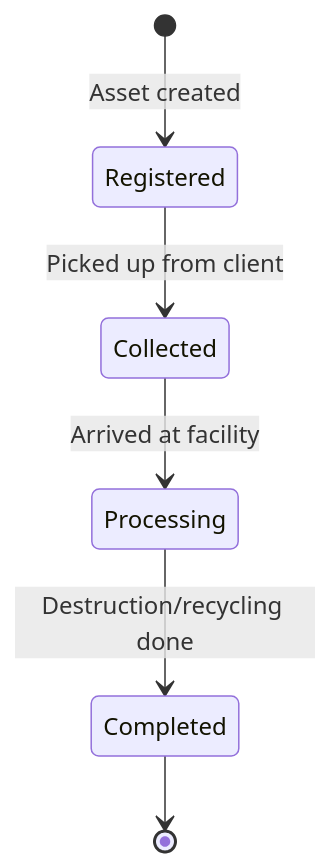
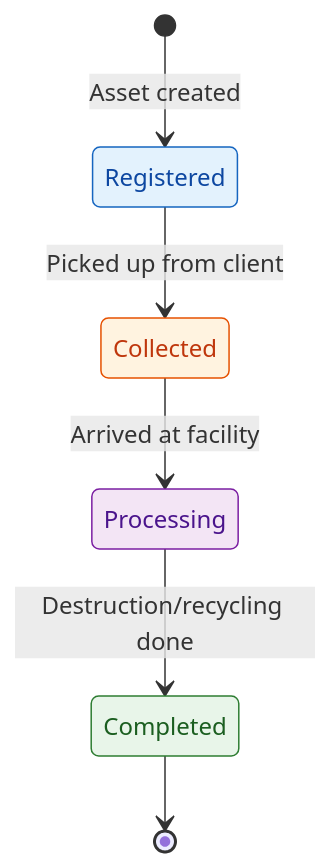
Before and after one commit to nugehs/ai-reclaim-m0: the third of 3 diagrams in docs/02-data-model/README.md, drawn with Mermaid. The commit also changed other lines of this file and 12 other files, not shown here.

````diff
--- a/docs/02-data-model/README.md
+++ b/docs/02-data-model/README.md
@@ -271,8 +292,18 @@
 ```mermaid
 stateDiagram-v2
     [*] --> Registered: Asset created
     Registered --> Collected: Picked up from client
     Collected --> Processing: Arrived at facility
     Processing --> Completed: Destruction/recycling done
     Completed --> [*]
+
+    classDef registered fill:#e3f2fd,stroke:#1565c0,color:#0d47a1
+    classDef collected fill:#fff3e0,stroke:#e65100,color:#bf360c
+    classDef processing fill:#f3e5f5,stroke:#7b1fa2,color:#4a148c
+    classDef completed fill:#e8f5e9,stroke:#2e7d32,color:#1b5e20
+
+    class Registered registered
+    class Collected collected
+    class Processing processing
+    class Completed completed
 ```
````
